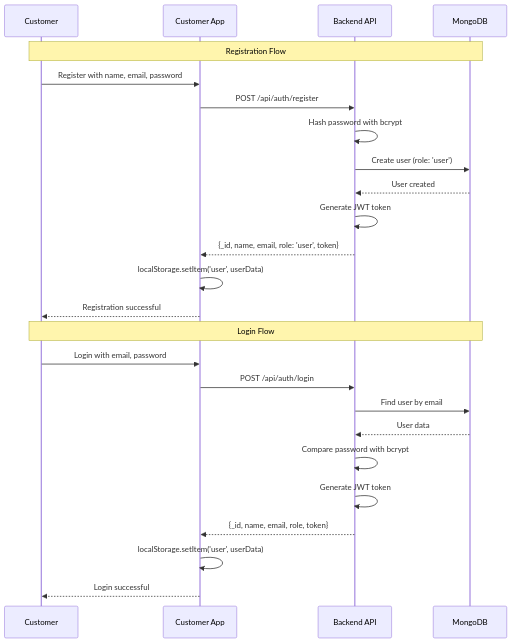
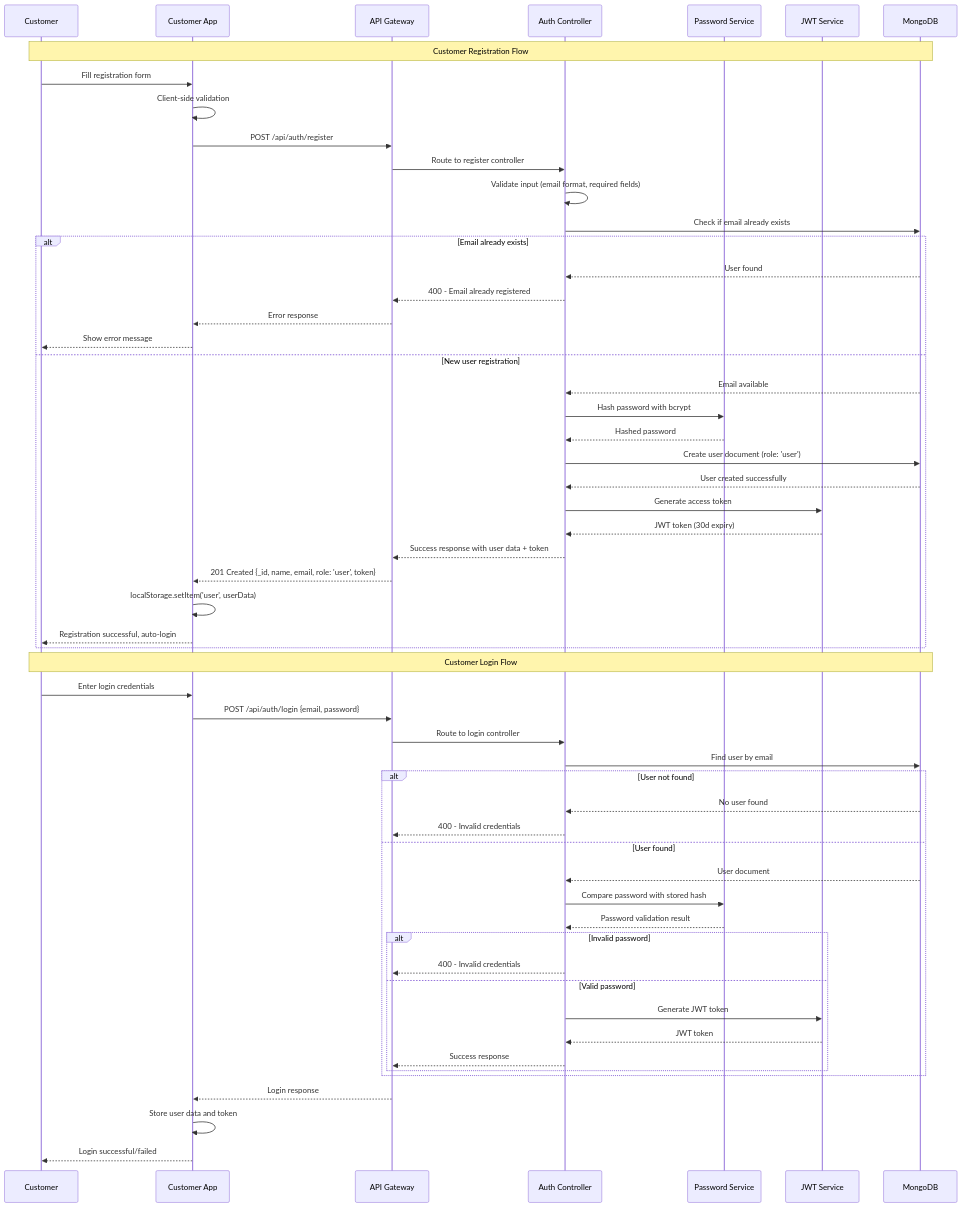
Before and after one commit to abh1hi/aura-shop: the third of 11 diagrams in AUTHENTICATION_SYSTEM_DOCS.md, drawn with Mermaid. The commit also changed other lines of this file, not shown here.

````diff
--- a/AUTHENTICATION_SYSTEM_DOCS.md
+++ b/AUTHENTICATION_SYSTEM_DOCS.md
@@ -61,29 +130,64 @@
 ```mermaid
 sequenceDiagram
     participant C as Customer
     participant CA as Customer App
-    participant API as Backend API
+    participant API as API Gateway
+    participant AuthCtrl as Auth Controller
+    participant PWD as Password Service
+    participant JWT as JWT Service
     participant DB as MongoDB
     
-    Note over C,DB: Registration Flow
-    C->>CA: Register with name, email, password
+    Note over C,DB: Customer Registration Flow
+    C->>CA: Fill registration form
+    CA->>CA: Client-side validation
     CA->>API: POST /api/auth/register
-    API->>API: Hash password with bcrypt
-    API->>DB: Create user (role: 'user')
-    DB-->>API: User created
-    API->>API: Generate JWT token
-    API-->>CA: {_id, name, email, role: 'user', token}
-    CA->>CA: localStorage.setItem('user', userData)
-    CA-->>C: Registration successful
+    API->>AuthCtrl: Route to register controller
+    AuthCtrl->>AuthCtrl: Validate input (email format, required fields)
+    AuthCtrl->>DB: Check if email already exists
     
-    Note over C,DB: Login Flow
-    C->>CA: Login with email, password
-    CA->>API: POST /api/auth/login
-    API->>DB: Find user by email
-    DB-->>API: User data
-    API->>API: Compare password with bcrypt
-    API->>API: Generate JWT token
-    API-->>CA: {_id, name, email, role, token}
-    CA->>CA: localStorage.setItem('user', userData)
-    CA-->>C: Login successful
+    alt Email already exists
+        DB-->>AuthCtrl: User found
+        AuthCtrl-->>API: 400 - Email already registered
+        API-->>CA: Error response
+        CA-->>C: Show error message
+    else New user registration
+        DB-->>AuthCtrl: Email available
+        AuthCtrl->>PWD: Hash password with bcrypt
+        PWD-->>AuthCtrl: Hashed password
+        AuthCtrl->>DB: Create user document (role: 'user')
+        DB-->>AuthCtrl: User created successfully
+        AuthCtrl->>JWT: Generate access token
+        JWT-->>AuthCtrl: JWT token (30d expiry)
+        AuthCtrl-->>API: Success response with user data + token
+        API-->>CA: 201 Created {_id, name, email, role: 'user', token}
+        CA->>CA: localStorage.setItem('user', userData)
+        CA-->>C: Registration successful, auto-login
+    end
+    
+    Note over C,DB: Customer Login Flow
+    C->>CA: Enter login credentials
+    CA->>API: POST /api/auth/login {email, password}
+    API->>AuthCtrl: Route to login controller
+    AuthCtrl->>DB: Find user by email
+    
+    alt User not found
+        DB-->>AuthCtrl: No user found
+        AuthCtrl-->>API: 400 - Invalid credentials
+    else User found
+        DB-->>AuthCtrl: User document
+        AuthCtrl->>PWD: Compare password with stored hash
+        PWD-->>AuthCtrl: Password validation result
+        
+        alt Invalid password
+            AuthCtrl-->>API: 400 - Invalid credentials
+        else Valid password
+            AuthCtrl->>JWT: Generate JWT token
+            JWT-->>AuthCtrl: JWT token
+            AuthCtrl-->>API: Success response
+        end
+    end
+    
+    API-->>CA: Login response
+    CA->>CA: Store user data and token
+    CA-->>C: Login successful/failed
 ```
````
